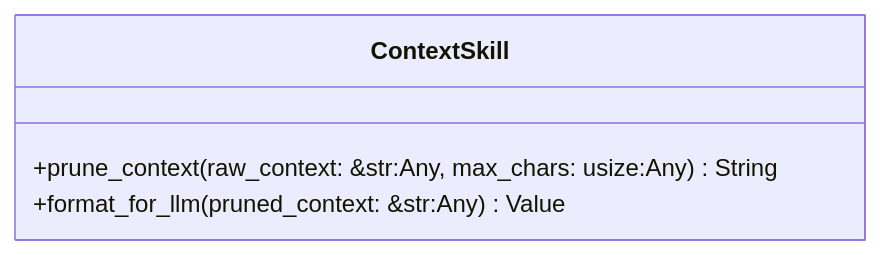
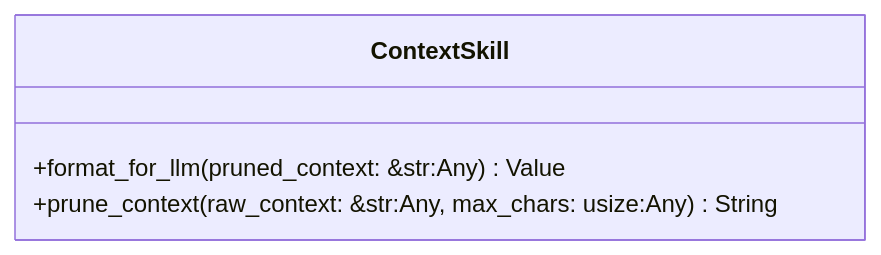
Before and after one commit to lgcorzo/rust_CACD_autonomous_factory: the first of 2 diagrams in openwiki/crates_factory-mcp-server_src_skills_context_rs.md, drawn with Mermaid. The commit also changed other lines of this file and 76 other files, not shown here.

````diff
--- a/openwiki/crates_factory-mcp-server_src_skills_context_rs.md
+++ b/openwiki/crates_factory-mcp-server_src_skills_context_rs.md
@@ -134,9 +134,9 @@
 ```mermaid
 classDiagram
     direction BT
     class ContextSkill {
+        +format_for_llm(pruned_context: &str:Any) Value
         +prune_context(raw_context: &str:Any, max_chars: usize:Any) String
-        +format_for_llm(pruned_context: &str:Any) Value
     }
 
 ```
````
